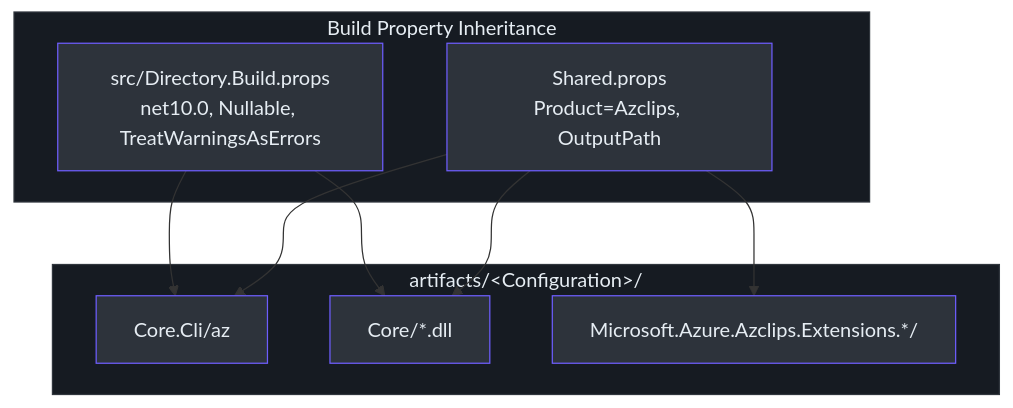
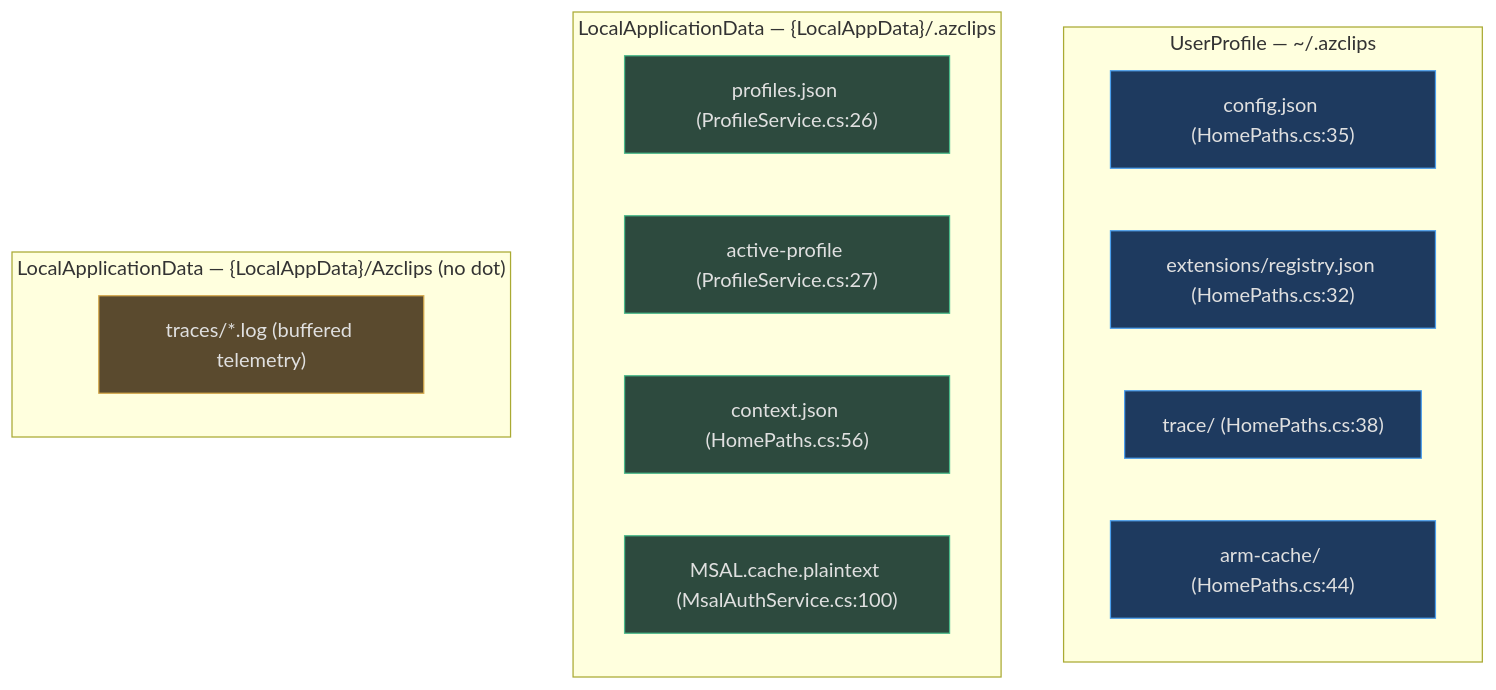
Before and after one commit to Azure/azclips: the second of 2 diagrams in wiki/01-getting-started/environment-setup.md, drawn with Mermaid. The commit also changed other lines of this file and 34 other files, not shown here.

First line of the commit message:
docs(wiki): refresh generated architecture documentation

````diff
--- a/wiki/01-getting-started/environment-setup.md
+++ b/wiki/01-getting-started/environment-setup.md
@@ -108,25 +93,28 @@
 ```mermaid
-graph TB
-    subgraph props["Build Property Inheritance"]
-        SP["Shared.props<br>Product=Azclips, OutputPath"]
-        DBP["src/Directory.Build.props<br>net10.0, Nullable, TreatWarningsAsErrors"]
+flowchart TD
+    subgraph up["UserProfile — ~/.azclips"]
+        CFG["config.json (HomePaths.cs:35)"]
+        REG["extensions/registry.json (HomePaths.cs:32)"]
+        TR["trace/ (HomePaths.cs:38)"]
+        ARM["arm-cache/ (HomePaths.cs:44)"]
     end
-    subgraph out["artifacts/&lt;Configuration&gt;/"]
-        CLIOUT["Core.Cli/az"]
-        COREOUT["Core/*.dll"]
-        EXTOUT["Microsoft.Azure.Azclips.Extensions.*/"]
+    subgraph lad["LocalApplicationData — {LocalAppData}/.azclips"]
+        PROF["profiles.json (ProfileService.cs:26)"]
+        ACT["active-profile (ProfileService.cs:27)"]
+        CTX["context.json (HomePaths.cs:56)"]
+        MSAL["MSAL.cache.plaintext (MsalAuthService.cs:100)"]
     end
-    SP --> CLIOUT
-    SP --> COREOUT
-    SP --> EXTOUT
-    DBP --> CLIOUT
-    DBP --> COREOUT
+    subgraph tel["LocalApplicationData — {LocalAppData}/Azclips (no dot)"]
+        TRC["traces/*.log (buffered telemetry)"]
+    end
 
-    style SP fill:#2d333b,stroke:#6d5dfc,color:#e6edf3
-    style DBP fill:#2d333b,stroke:#6d5dfc,color:#e6edf3
-    style CLIOUT fill:#2d333b,stroke:#6d5dfc,color:#e6edf3
-    style COREOUT fill:#2d333b,stroke:#6d5dfc,color:#e6edf3
-    style EXTOUT fill:#2d333b,stroke:#6d5dfc,color:#e6edf3
-    style props fill:#161b22,stroke:#30363d,color:#e6edf3
-    style out fill:#161b22,stroke:#30363d,color:#e6edf3
+    style CFG fill:#1e3a5f,stroke:#4a9eed,color:#e0e0e0
+    style REG fill:#1e3a5f,stroke:#4a9eed,color:#e0e0e0
+    style TR fill:#1e3a5f,stroke:#4a9eed,color:#e0e0e0
+    style ARM fill:#1e3a5f,stroke:#4a9eed,color:#e0e0e0
+    style PROF fill:#2d4a3e,stroke:#4aba8a,color:#e0e0e0
+    style ACT fill:#2d4a3e,stroke:#4aba8a,color:#e0e0e0
+    style CTX fill:#2d4a3e,stroke:#4aba8a,color:#e0e0e0
+    style MSAL fill:#2d4a3e,stroke:#4aba8a,color:#e0e0e0
+    style TRC fill:#5a4a2e,stroke:#d4a84b,color:#e0e0e0
 ```
````
